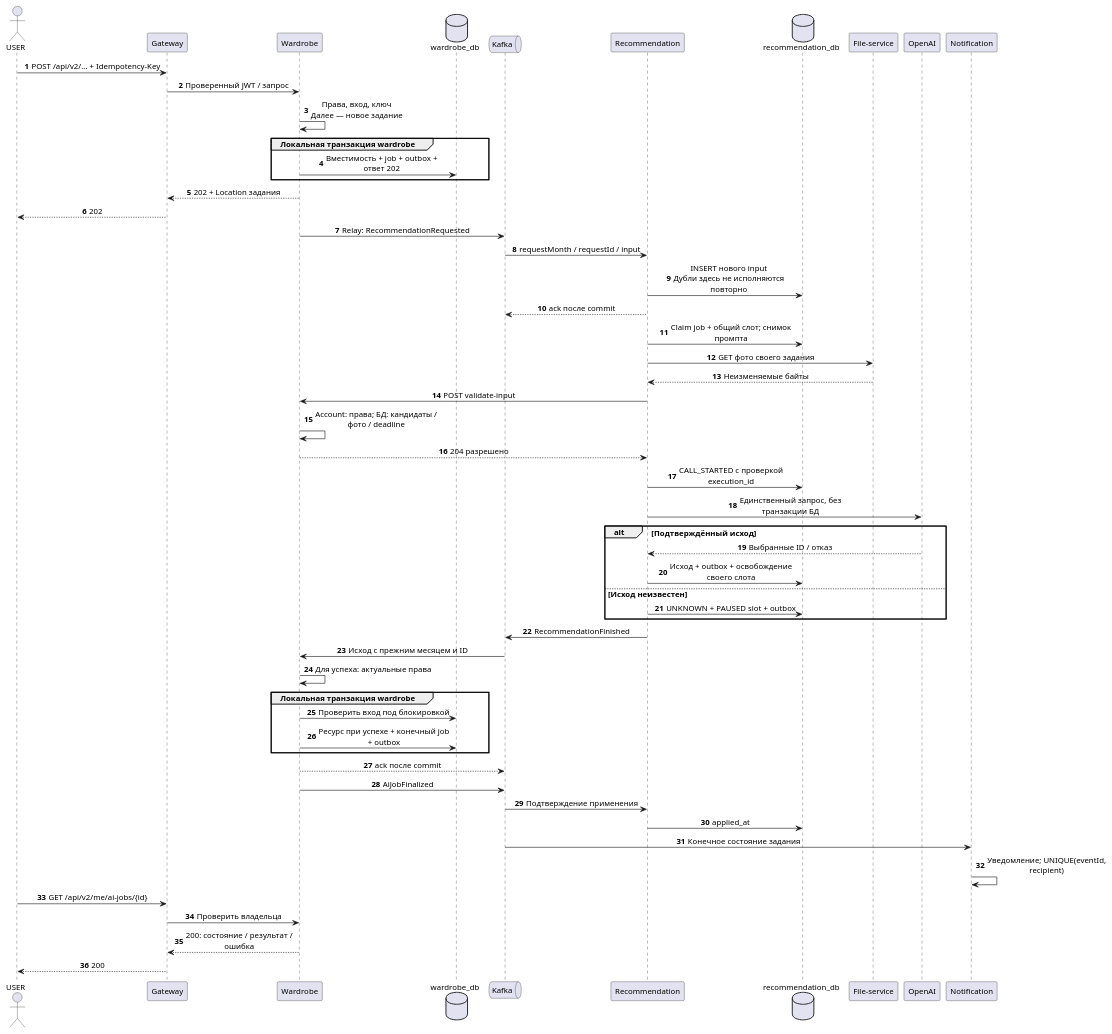
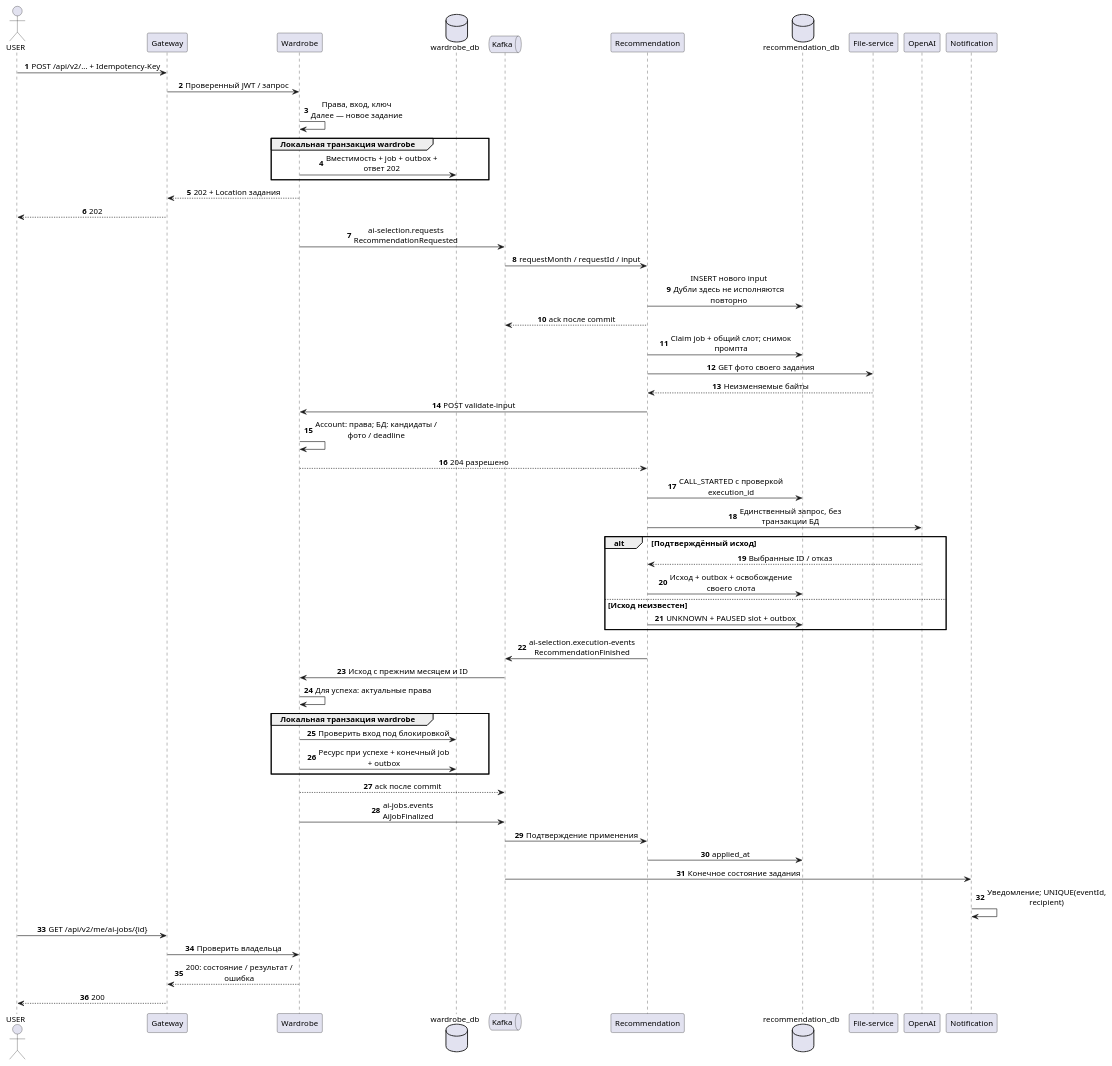
The diagram in docs/lab4/diagrams/ai-selection.puml (SimeonGor/clothes-advisor), drawn with PlantUML before and after one commit. The commit also changed 13 other files, not shown here.

```diff
--- a/docs/lab4/diagrams/ai-selection.puml
+++ b/docs/lab4/diagrams/ai-selection.puml
@@ -1,62 +1,62 @@
 @startuml ai-selection
 skinparam backgroundColor #FFFFFF
 skinparam defaultFontName SansSerif
 skinparam defaultFontSize 13
 skinparam shadowing false
 skinparam sequenceMessageAlign center
 skinparam maxMessageSize 220
 autonumber
 actor "USER" as user
 participant "Gateway" as gw
 participant "Wardrobe" as w
 database "wardrobe_db" as wd
 queue "Kafka" as k
 participant "Recommendation" as r
 database "recommendation_db" as rd
 participant "File-service" as f
 participant "OpenAI" as ai
 participant "Notification" as n
 user -> gw : POST /api/v2/... + Idempotency-Key
 gw -> w : Проверенный JWT / запрос
 w -> w : Права, вход, ключ\nДалее — новое задание
 group Локальная транзакция wardrobe
   w -> wd : Вместимость + job + outbox + ответ 202
 end
 w --> gw : 202 + Location задания
 gw --> user : 202
-w -> k : Relay: RecommendationRequested
+w -> k : ai-selection.requests\nRecommendationRequested
 k -> r : requestMonth / requestId / input
 r -> rd : INSERT нового input\nДубли здесь не исполняются повторно
 r --> k : ack после commit
 r -> rd : Claim job + общий слот; снимок промпта
 r -> f : GET фото своего задания
 f --> r : Неизменяемые байты
 r -> w : POST validate-input
 w -> w : Account: права; БД: кандидаты / фото / deadline
 w --> r : 204 разрешено
 r -> rd : CALL_STARTED с проверкой execution_id
 r -> ai : Единственный запрос, без транзакции БД
 alt Подтверждённый исход
   ai --> r : Выбранные ID / отказ
   r -> rd : Исход + outbox + освобождение своего слота
 else Исход неизвестен
   r -> rd : UNKNOWN + PAUSED slot + outbox
 end
-r -> k : RecommendationFinished
+r -> k : ai-selection.execution-events\nRecommendationFinished
 k -> w : Исход с прежним месяцем и ID
 w -> w : Для успеха: актуальные права
 group Локальная транзакция wardrobe
   w -> wd : Проверить вход под блокировкой
   w -> wd : Ресурс при успехе + конечный job + outbox
 end
 w --> k : ack после commit
-w -> k : AiJobFinalized
+w -> k : ai-jobs.events\nAiJobFinalized
 k -> r : Подтверждение применения
 r -> rd : applied_at
 k -> n : Конечное состояние задания
 n -> n : Уведомление; UNIQUE(eventId, recipient)
 user -> gw : GET /api/v2/me/ai-jobs/{id}
 gw -> w : Проверить владельца
 w --> gw : 200: состояние / результат / ошибка
 gw --> user : 200
 @enduml
```
